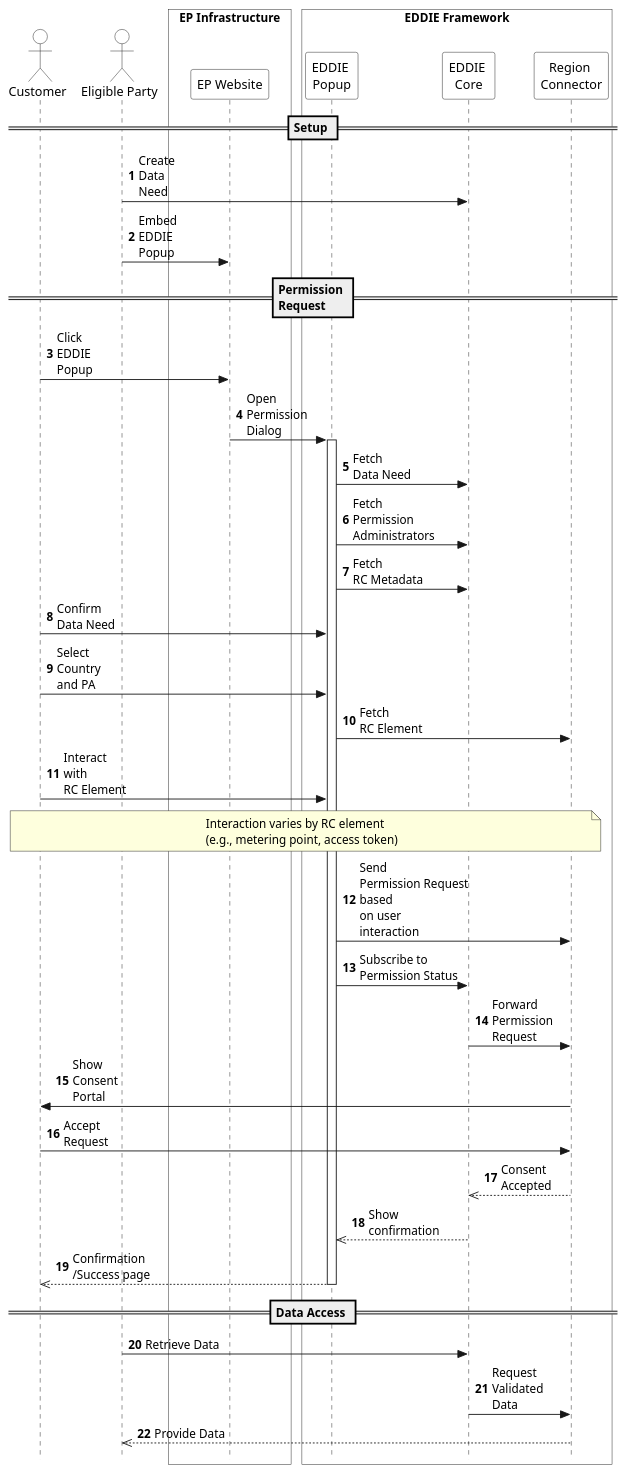
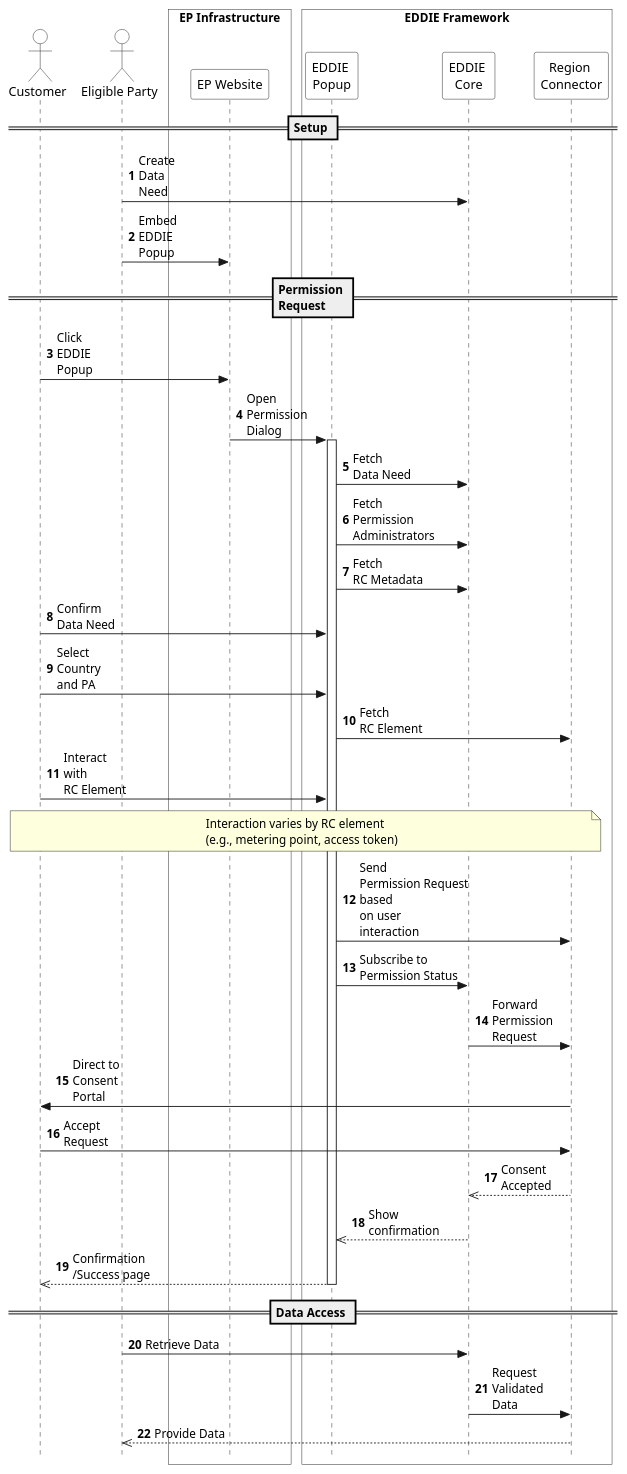
One commit to eddie-energy/architecture changed the diagram in arc42/eddie-framework/runtime-view/figures/eddie-framework-request-permission.puml. Above: the diagram before and after it, drawn with PlantUML. The commit also changed 5 other files, not shown here.

```diff
--- a/arc42/eddie-framework/runtime-view/figures/eddie-framework-request-permission.puml
+++ b/arc42/eddie-framework/runtime-view/figures/eddie-framework-request-permission.puml
@@ -1,63 +1,63 @@
 @startuml eddie-framework-permission-request
 
 skinparam style strictuml
 skinparam sequence {
   ParticipantBackgroundColor transparent
   ActorBackgroundColor transparent
 }
 
 autonumber
 !pragma teoz true
 
 actor "Customer" as customer
 actor "Eligible Party" as ep
 
 box "EP Infrastructure" #transparent
   participant "EP Website" as epApp
 end box
 
 box "EDDIE Framework" #transparent
   participant "EDDIE \nPopup" as popup
   participant "EDDIE \nCore" as core
   participant "Region \nConnector" as rc
 end box
 
 == Setup ==
 ep -> core : Create \nData \nNeed
 ep -> epApp : Embed \nEDDIE \nPopup
 
 == Permission \nRequest ==
 customer -> epApp : Click \nEDDIE \nPopup
 epApp -> popup : Open \nPermission \nDialog
 activate popup
 
 ' --- Detailed permission interaction ---
 popup -> core : Fetch \nData Need
 popup -> core : Fetch \nPermission \nAdministrators
 popup -> core : Fetch \nRC Metadata
 customer -> popup : Confirm \nData Need
 customer -> popup : Select \nCountry \nand PA
 popup -> rc : Fetch \nRC Element
 customer -> popup : Interact \nwith \nRC Element
 note over customer, rc
   Interaction varies by RC element
   (e.g., metering point, access token)
 end note
 popup -> rc : Send \nPermission Request\nbased \non user \ninteraction
 popup -> core : Subscribe to \nPermission Status
 ' --- End detailed interaction ---
 
 core -> rc : Forward \nPermission \nRequest
-rc -> customer : Show \nConsent \nPortal
+rc -> customer : Direct to \nConsent \nPortal
 customer -> rc : Accept \nRequest
 rc -->> core : Consent \nAccepted
 core -->> popup : Show \nconfirmation
 popup -->> customer : Confirmation \n/Success page
 deactivate popup
 
 == Data Access ==
 ep -> core : Retrieve Data
 core -> rc : Request \nValidated \nData
 rc -->> ep : Provide Data
 
 @enduml
```
